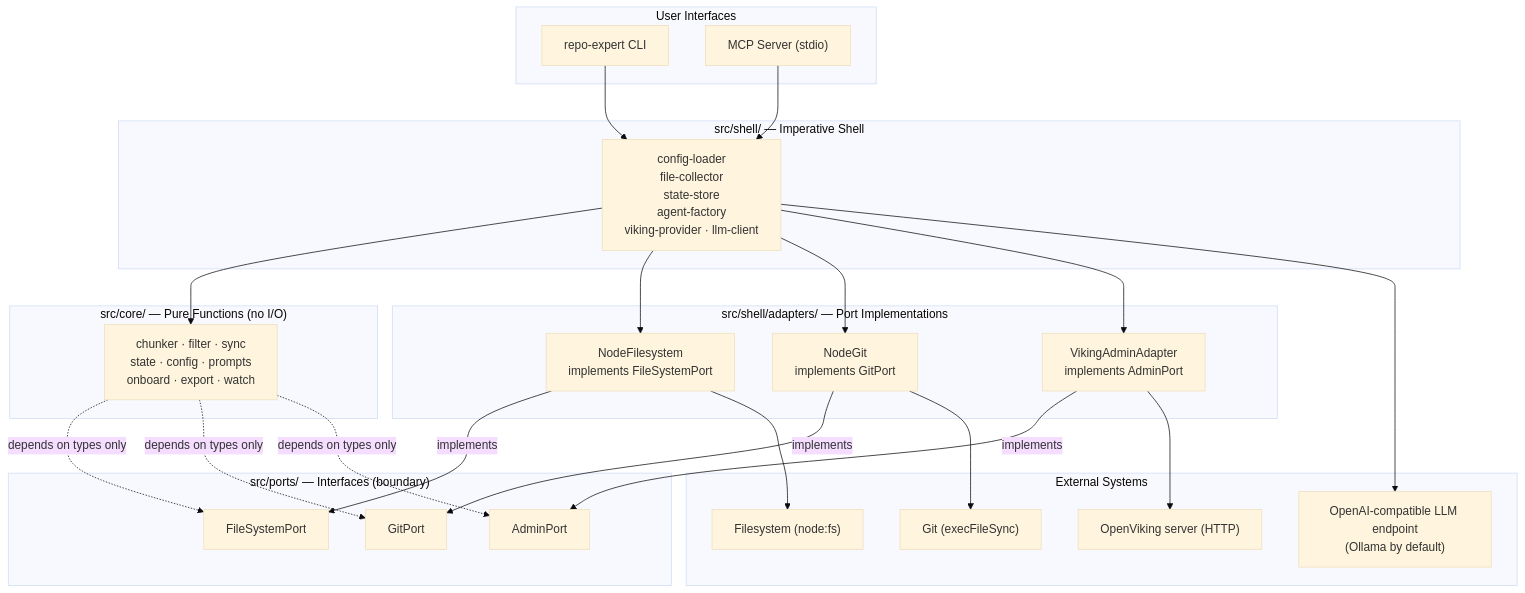
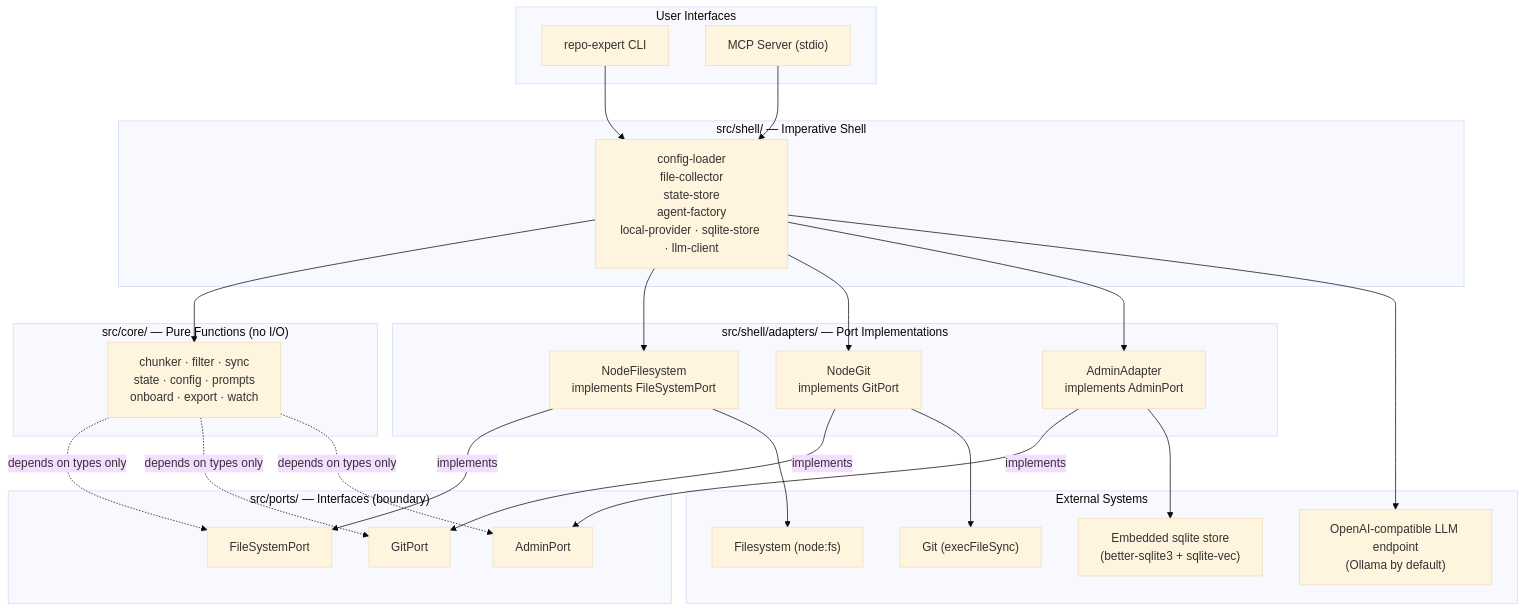
Before and after one commit to 0x7067/agent-as-repo: the diagram in docs/architecture.md, drawn with Mermaid (base theme). The commit also changed other lines of this file and 35 other files, not shown here.

First line of the commit message:
feat(store)!: replace OpenViking with the embedded sqlite-vec store

````diff
--- a/docs/architecture.md
+++ b/docs/architecture.md
@@ -15,51 +15,51 @@
 ```mermaid
 graph TB
     subgraph "External Systems"
         FS["Filesystem (node:fs)"]
         GIT["Git (execFileSync)"]
-        VIKING["OpenViking server (HTTP)"]
+        SQLITE["Embedded sqlite store\n(better-sqlite3 + sqlite-vec)"]
         LLM["OpenAI-compatible LLM endpoint\n(Ollama by default)"]
     end
 
     subgraph "src/shell/adapters/ — Port Implementations"
         NFS["NodeFilesystem\nimplements FileSystemPort"]
         NGIT["NodeGit\nimplements GitPort"]
-        VAA["VikingAdminAdapter\nimplements AdminPort"]
+        VAA["AdminAdapter\nimplements AdminPort"]
     end
 
     subgraph "src/ports/ — Interfaces (boundary)"
         FP["FileSystemPort"]
         GP["GitPort"]
         AP["AdminPort"]
     end
 
     subgraph "src/core/ — Pure Functions (no I/O)"
         CORE["chunker · filter · sync\nstate · config · prompts\nonboard · export · watch"]
     end
 
     subgraph "src/shell/ — Imperative Shell"
-        SHELL["config-loader\nfile-collector\nstate-store\nagent-factory\nviking-provider · llm-client"]
+        SHELL["config-loader\nfile-collector\nstate-store\nagent-factory\nlocal-provider · sqlite-store · llm-client"]
     end
 
     subgraph "User Interfaces"
         CLI["repo-expert CLI"]
         MCP["MCP Server (stdio)"]
     end
 
     CLI --> SHELL
     MCP --> SHELL
     SHELL --> CORE
     SHELL --> NFS
     SHELL --> NGIT
     SHELL --> VAA
     NFS -->|implements| FP
     NGIT -->|implements| GP
     VAA -->|implements| AP
     NFS --> FS
     NGIT --> GIT
-    VAA --> VIKING
+    VAA --> SQLITE
     SHELL --> LLM
     CORE -.->|depends on types only| FP
     CORE -.->|depends on types only| GP
     CORE -.->|depends on types only| AP
 ```
````
